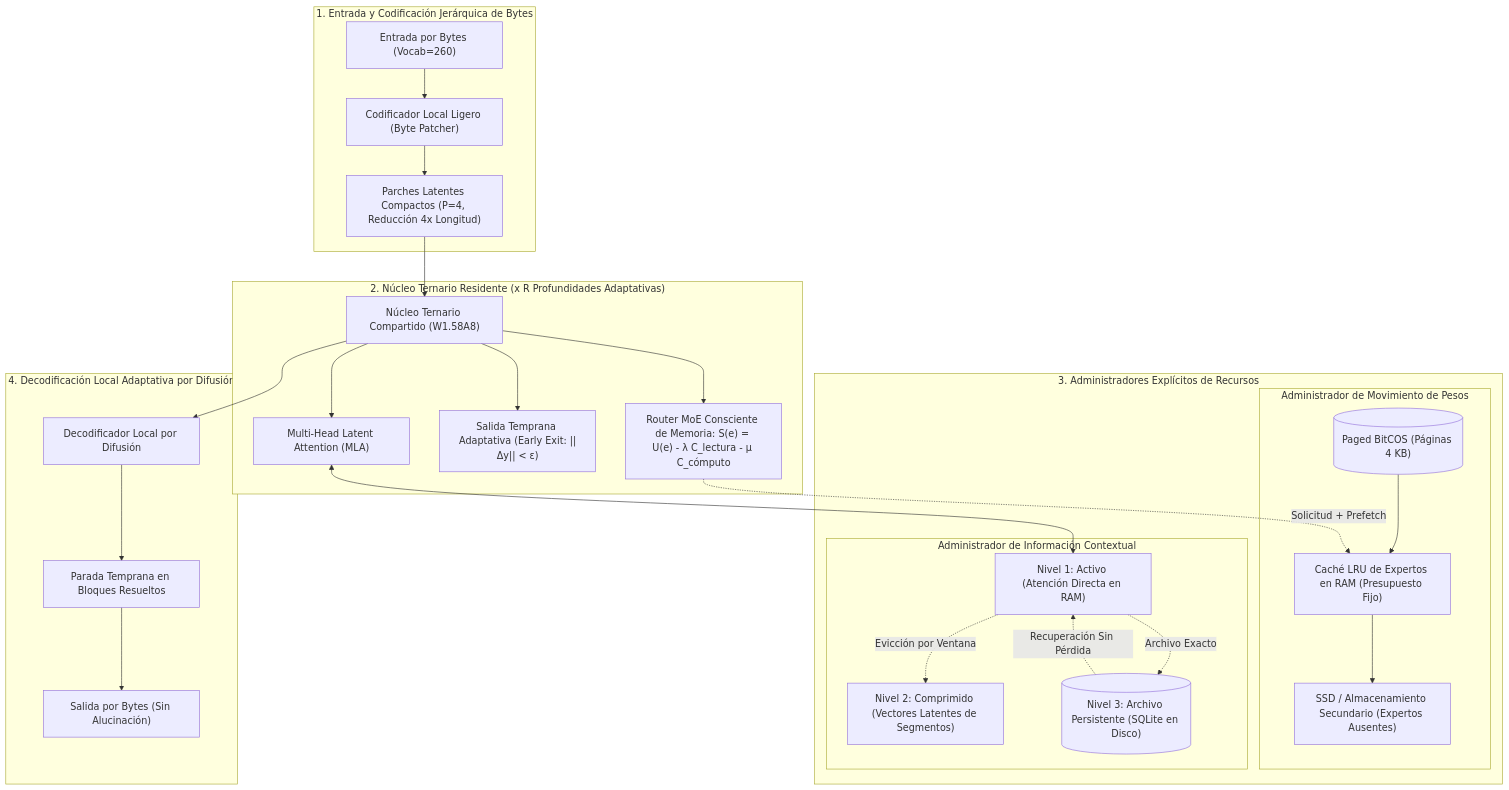
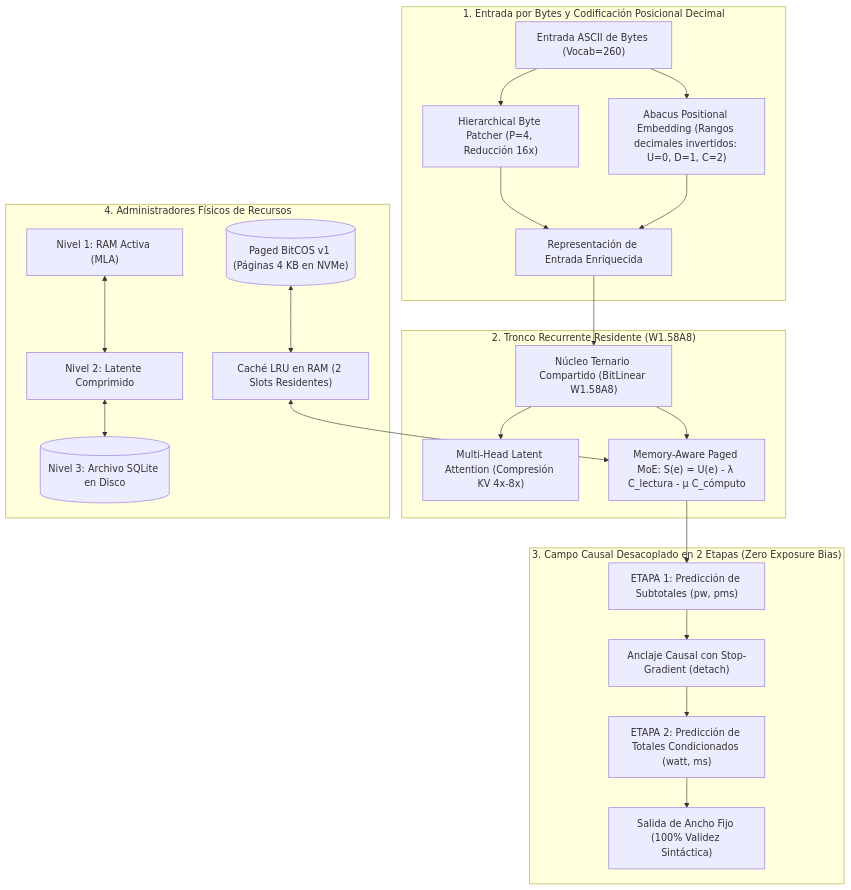
Before and after one commit to Miguel19x/Basic-Lite-0.1: the diagram in README.md, drawn with Mermaid. The commit also changed other lines of this file, not shown here.

Commit message:
docs: actualizar README con arquitectura TRDM-v6, ADRs y resultados confirmatorios de Fase 2

````diff
--- a/README.md
+++ b/README.md
@@ -11,38 +11,27 @@
 ```mermaid
 flowchart TD
-    subgraph InputStage ["1. Entrada y Codificación Jerárquica de Bytes"]
-        RawBytes["Entrada por Bytes (Vocab=260)"] --> ByteEnc["Codificador Local Ligero (Byte Patcher)"]
-        ByteEnc --> LatentPatches["Parches Latentes Compactos (P=4, Reducción 4x Longitud)"]
+    subgraph InputStage ["1. Entrada por Bytes y Codificación Posicional Decimal"]
+        RawBytes["Entrada ASCII de Bytes (Vocab=260)"] --> BytePatch["Hierarchical Byte Patcher (P=4, Reducción 16x)"]
+        RawBytes --> AbacusLayer["Abacus Positional Embedding (Rangos decimales invertidos: U=0, D=1, C=2)"]
+        BytePatch & AbacusLayer --> CombinedEmbed["Representación de Entrada Enriquecida"]
     end
 
-    subgraph ResidentCore ["2. Núcleo Ternario Residente (x R Profundidades Adaptativas)"]
-        LatentPatches --> SharedCore["Núcleo Ternario Compartido (W1.58A8)"]
-        SharedCore --> MLA["Multi-Head Latent Attention (MLA)"]
-        SharedCore --> AdaptiveDepth["Salida Temprana Adaptativa (Early Exit: ||Δy|| < ε)"]
-        SharedCore --> MemoryRouter["Router MoE Consciente de Memoria: S(e) = U(e) - λ C_lectura - μ C_cómputo"]
+    subgraph CoreTernary ["2. Tronco Recurrente Residente (W1.58A8)"]
+        CombinedEmbed --> SharedCore["Núcleo Ternario Compartido (BitLinear W1.58A8)"]
+        SharedCore --> MLA["Multi-Head Latent Attention (Compresión KV 4x-8x)"]
+        SharedCore --> PagedMoE["Memory-Aware Paged MoE: S(e) = U(e) - λ C_lectura - μ C_cómputo"]
     end
 
-    subgraph MemoryManagers ["3. Administradores Explícitos de Recursos"]
-        subgraph WeightManager ["Administrador de Movimiento de Pesos"]
-            PagedBitCOS[("Paged BitCOS (Páginas 4 KB)")] --> LRUCache["Caché LRU de Expertos en RAM (Presupuesto Fijo)"]
-            LRUCache --> SSDOffload["SSD / Almacenamiento Secundario (Expertos Ausentes)"]
-            MemoryRouter -.->|Solicitud + Prefetch| LRUCache
-        end
-
-        subgraph ContextManager ["Administrador de Información Contextual"]
-            L1["Nivel 1: Activo (Atención Directa en RAM)"]
-            L2["Nivel 2: Comprimido (Vectores Latentes de Segmentos)"]
-            L3[("Nivel 3: Archivo Persistente (SQLite en Disco)")]
-            L1 -.->|Evicción por Ventana| L2
-            L1 -.->|Archivo Exacto| L3
-            L3 -.->|Recuperación Sin Pérdida| L1
-            MLA <--> L1
-        end
+    subgraph TwoStageField ["3. Campo Causal Desacoplado en 2 Etapas (Zero Exposure Bias)"]
+        PagedMoE --> Stage1["ETAPA 1: Predicción de Subtotales (pw, pms)"]
+        Stage1 --> CausalAnchor["Anclaje Causal con Stop-Gradient (detach)"]
+        CausalAnchor --> Stage2["ETAPA 2: Predicción de Totales Condicionados (watt, ms)"]
+        Stage2 --> OutputBytes["Salida de Ancho Fijo (100% Validez Sintáctica)"]
     end
 
-    subgraph OutputStage ["4. Decodificación Local Adaptativa por Difusión"]
-        SharedCore --> LocalDiff["Decodificador Local por Difusión"]
-        LocalDiff --> AdaptiveDiff["Parada Temprana en Bloques Resueltos"]
-        AdaptiveDiff --> OutputBytes["Salida por Bytes (Sin Alucinación)"]
+    subgraph MemoryHierarchy ["4. Administradores Físicos de Recursos"]
+        PagedBitCOS[("Paged BitCOS v1 (Páginas 4 KB en NVMe)")] <--> LRUCache["Caché LRU en RAM (2 Slots Residentes)"]
+        LRUCache <--> PagedMoE
+        L1RAM["Nivel 1: RAM Activa (MLA)"] <--> L2Latent["Nivel 2: Latente Comprimido"] <--> L3SQLite[("Nivel 3: Archivo SQLite en Disco")]
     end
 ```
````
